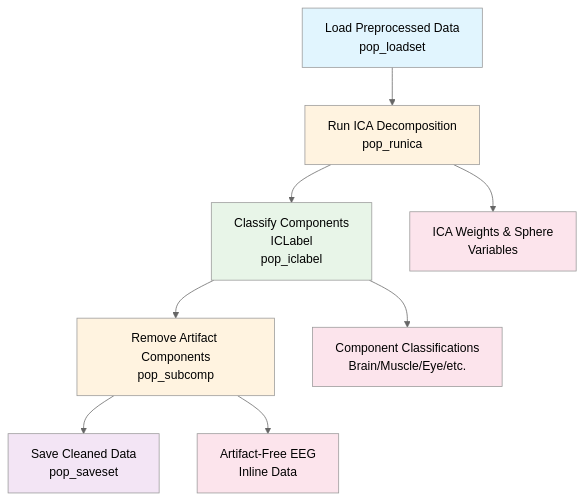
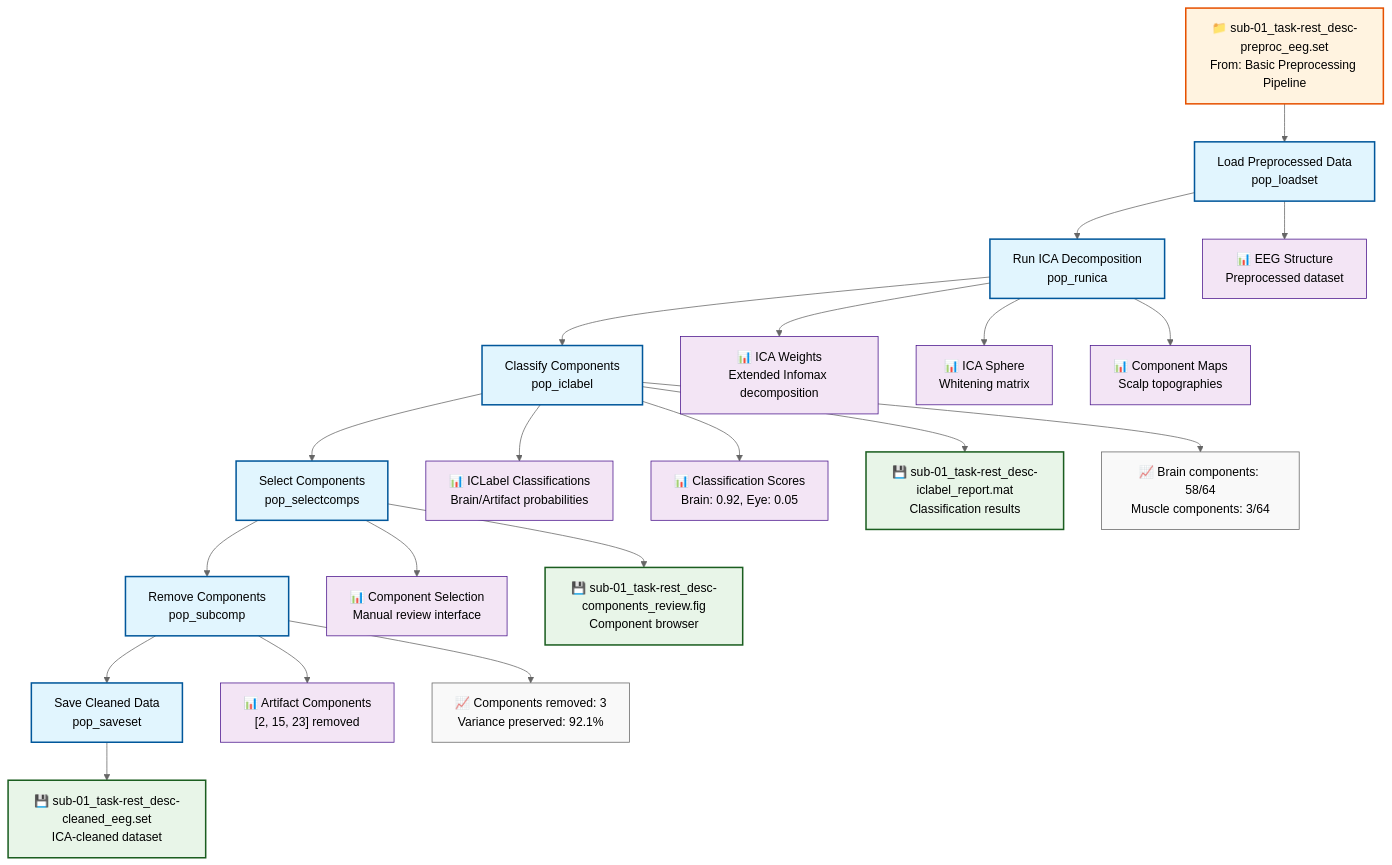
Before and after one commit to signalJourney/signalJourney: the diagram in docs/examples/ica_decomposition_eeglab.md, drawn with Mermaid (neutral theme). The commit also changed other lines of this file and 5 other files, not shown here.

First line of the commit message:
Fix Mermaid diagram styling and enhance documentation consistency

````diff
--- a/docs/examples/ica_decomposition_eeglab.md
+++ b/docs/examples/ica_decomposition_eeglab.md
@@ -17,20 +17,45 @@
 ```mermaid
 flowchart TD
     A[Load Preprocessed Data<br/>pop_loadset] --> B[Run ICA Decomposition<br/>pop_runica]
-    B --> C[Classify Components<br/>ICLabel<br/>pop_iclabel]
-    C --> D[Remove Artifact Components<br/>pop_subcomp]
-    D --> E[Save Cleaned Data<br/>pop_saveset]
+    B --> C[Classify Components<br/>pop_iclabel]
+    C --> D[Select Components<br/>pop_selectcomps]
+    D --> E[Remove Components<br/>pop_subcomp]
+    E --> F[Save Cleaned Data<br/>pop_saveset]
     
-    B --> F[ICA Weights & Sphere<br/>Variables]
-    C --> G[Component Classifications<br/>Brain/Muscle/Eye/etc.]
-    D --> H[Artifact-Free EEG<br/>Inline Data]
+    %% Input from basic preprocessing
+    G["📁 sub-01_task-rest_desc-preproc_eeg.set<br/>From: Basic Preprocessing Pipeline"] --> A
     
-    style A fill:#e1f5fe
-    style E fill:#f3e5f5
-    style B fill:#fff3e0
-    style C fill:#e8f5e8
-    style D fill:#fff3e0
-    style F fill:#fce4ec
-    style G fill:#fce4ec
-    style H fill:#fce4ec
+    %% Intermediate outputs
+    A --> A1["📊 EEG Structure<br/>Preprocessed dataset"]
+    B --> B1["📊 ICA Weights<br/>Extended Infomax decomposition"]
+    C --> C1["📊 ICLabel Classifications<br/>Brain/Artifact probabilities"]
+    D --> D1["📊 Component Selection<br/>Manual review interface"]
+    
+    %% ICA analysis data
+    B --> V1["📊 ICA Sphere<br/>Whitening matrix"]
+    B --> V2["📊 Component Maps<br/>Scalp topographies"]
+    C --> V3["📊 Classification Scores<br/>Brain: 0.92, Eye: 0.05"]
+    E --> V4["📊 Artifact Components<br/>[2, 15, 23] removed"]
+    
+    %% Final outputs
+    F --> H["💾 sub-01_task-rest_desc-cleaned_eeg.set<br/>ICA-cleaned dataset"]
+    D --> I["💾 sub-01_task-rest_desc-components_review.fig<br/>Component browser"]
+    C --> J["💾 sub-01_task-rest_desc-iclabel_report.mat<br/>Classification results"]
+    
+    %% Quality metrics
+    C --> Q1["📈 Brain components: 58/64<br/>Muscle components: 3/64"]
+    E --> Q2["📈 Components removed: 3<br/>Variance preserved: 92.1%"]
+
+    %% Styling
+    classDef processStep fill:#e1f5fe,stroke:#01579b,stroke-width:2px
+    classDef inputFile fill:#fff3e0,stroke:#e65100,stroke-width:2px
+    classDef outputFile fill:#e8f5e8,stroke:#1b5e20,stroke-width:2px
+    classDef inlineData fill:#f3e5f5,stroke:#4a148c,stroke-width:1px
+    classDef qualityMetric fill:#f9f9f9,stroke:#666,stroke-width:1px
+
+    class A,B,C,D,E,F processStep
+    class G inputFile
+    class H,I,J outputFile
+    class A1,B1,C1,D1,V1,V2,V3,V4 inlineData
+    class Q1,Q2 qualityMetric
 ```
````
